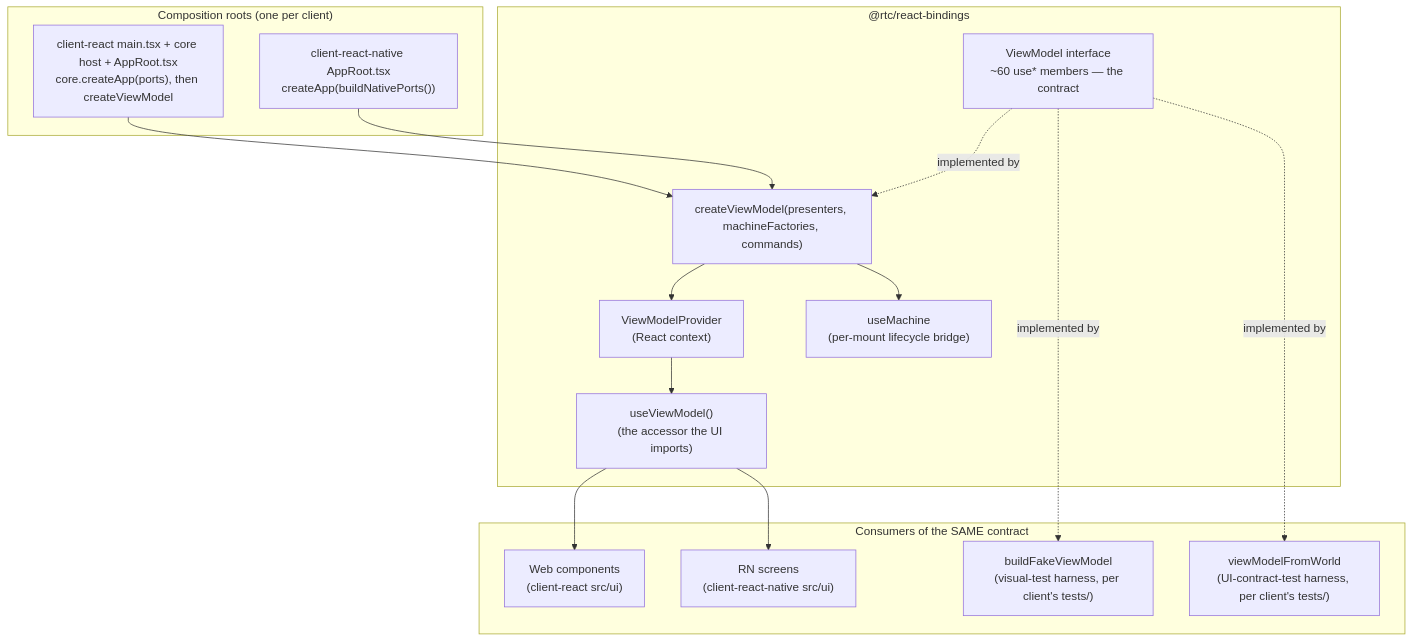
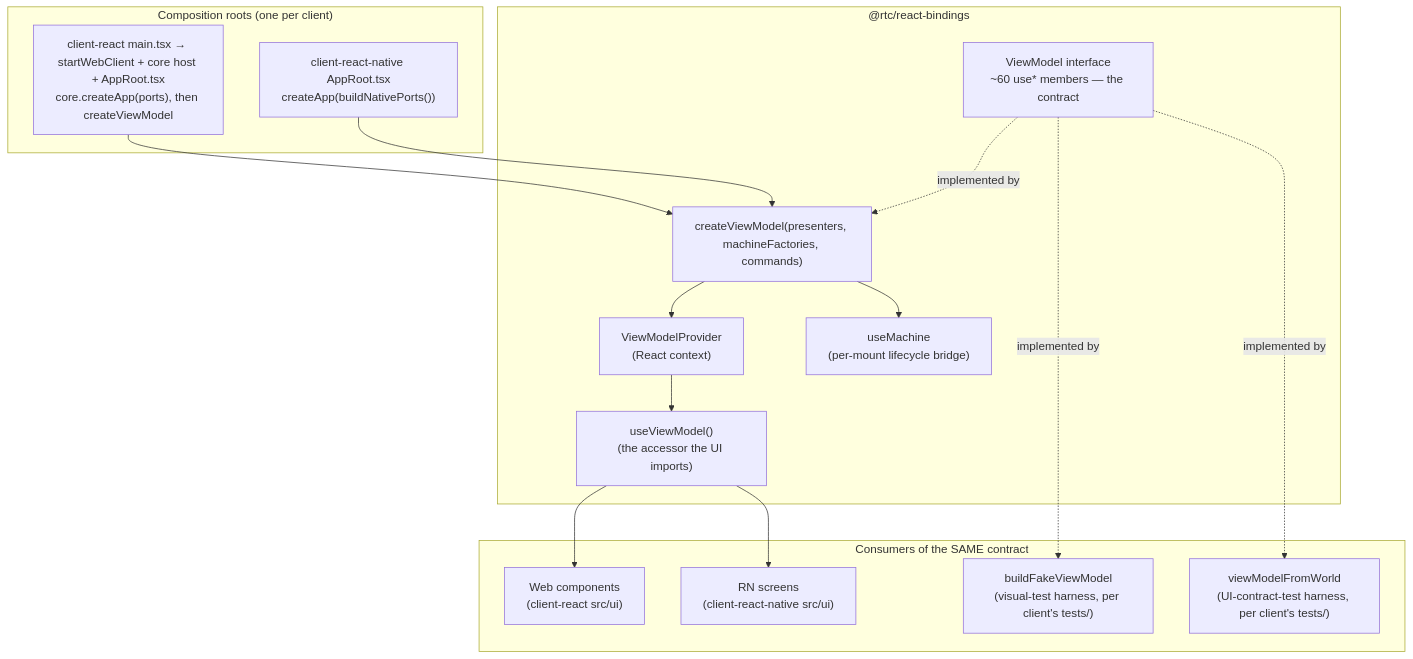
Before and after one commit to bettersoftware-io/ReactiveTraderCloudClone: diagram 11 of 11 in docs/architecture/03-uml-class-diagrams.md, drawn with Mermaid. The commit also changed other lines of this file and 39 other files, not shown here.

First line of the commit message:
test: one test for both clients' deployed files; docs: startWebClient closes the web-boot workstream

````diff
--- a/docs/architecture/03-uml-class-diagrams.md
+++ b/docs/architecture/03-uml-class-diagrams.md
@@ -589,33 +589,33 @@
 ```mermaid
 flowchart TB
     subgraph bindings["@rtc/react-bindings"]
         VMtype["ViewModel interface<br/>~60 use* members — the contract"]
         factory["createViewModel(presenters, machineFactories, commands)"]
         provider["ViewModelProvider<br/>(React context)"]
         accessor["useViewModel()<br/>(the accessor the UI imports)"]
         um["useMachine<br/>(per-mount lifecycle bridge)"]
     end
 
     subgraph roots["Composition roots (one per client)"]
-        webRoot["client-react main.tsx + core host + AppRoot.tsx<br/>core.createApp(ports), then createViewModel"]
+        webRoot["client-react main.tsx → startWebClient + core host + AppRoot.tsx<br/>core.createApp(ports), then createViewModel"]
         rnRoot["client-react-native AppRoot.tsx<br/>createApp(buildNativePorts())"]
     end
 
     subgraph consumers["Consumers of the SAME contract"]
         webUI["Web components<br/>(client-react src/ui)"]
         rnUI["RN screens<br/>(client-react-native src/ui)"]
         fakeVm["buildFakeViewModel<br/>(visual-test harness, per client's tests/)"]
         worldVm["viewModelFromWorld<br/>(UI-contract-test harness, per client's tests/)"]
     end
 
     webRoot --> factory
     rnRoot --> factory
     factory --> provider
     provider --> accessor
     factory --> um
     accessor --> webUI
     accessor --> rnUI
     VMtype -.implemented by.-> factory
     VMtype -.implemented by.-> fakeVm
     VMtype -.implemented by.-> worldVm
 ```
````
